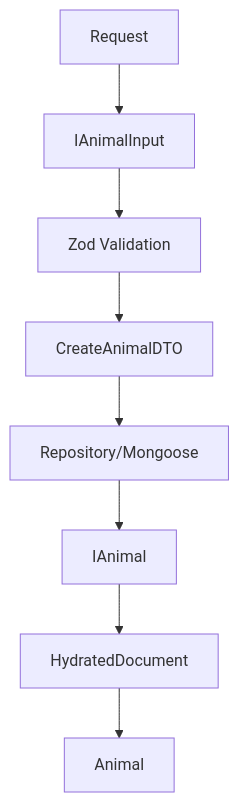
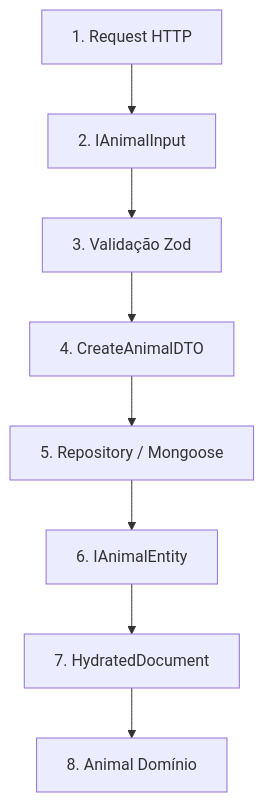
Before and after one commit to MathGueff/better-pets-backend: the second of 2 diagrams in docs/ARCHITECTURE.md, drawn with Mermaid. The commit also changed other lines of this file, not shown here.

Commit message:
feat: update architecture documentation to reflect system design and data flow

````diff
--- a/docs/ARCHITECTURE.md
+++ b/docs/ARCHITECTURE.md
@@ -63,19 +78,19 @@
 ```mermaid
 flowchart TD
-    Req[Request]
-    Input[IAnimalInput]
-    Zod[Zod Validation]
-    DTO[CreateAnimalDTO]
-    Repo[Repository/Mongoose]
-    Entity[IAnimal]
-    Doc[HydratedDocument]
-    Domain[Animal]
+    Req[1. Request HTTP]
+    Input[2. IAnimalInput]
+    Zod[3. Validação Zod]
+    DTO[4. CreateAnimalDTO]
+    Repo[5. Repository / Mongoose]
+    Entity[6. IAnimalEntity]
+    Doc[7. HydratedDocument]
+    Domain[8. Animal Domínio]
 
     Req --> Input
     Input --> Zod
     Zod --> DTO
     DTO --> Repo
     Repo --> Entity
     Entity --> Doc
     Doc --> Domain
 ```
````
